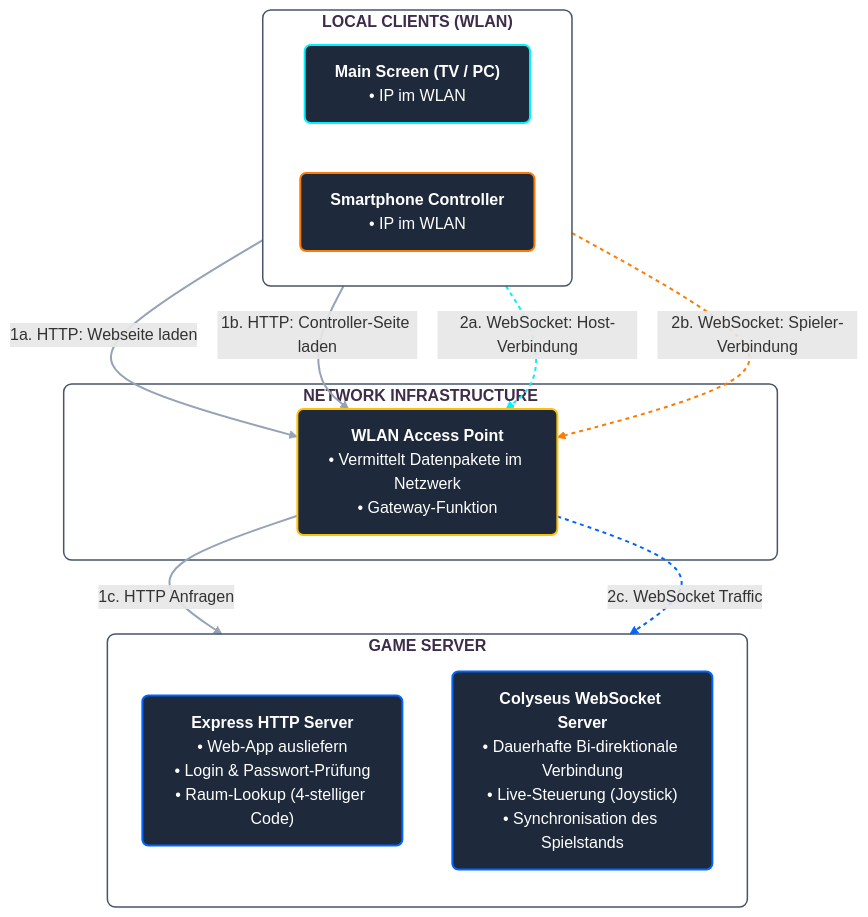
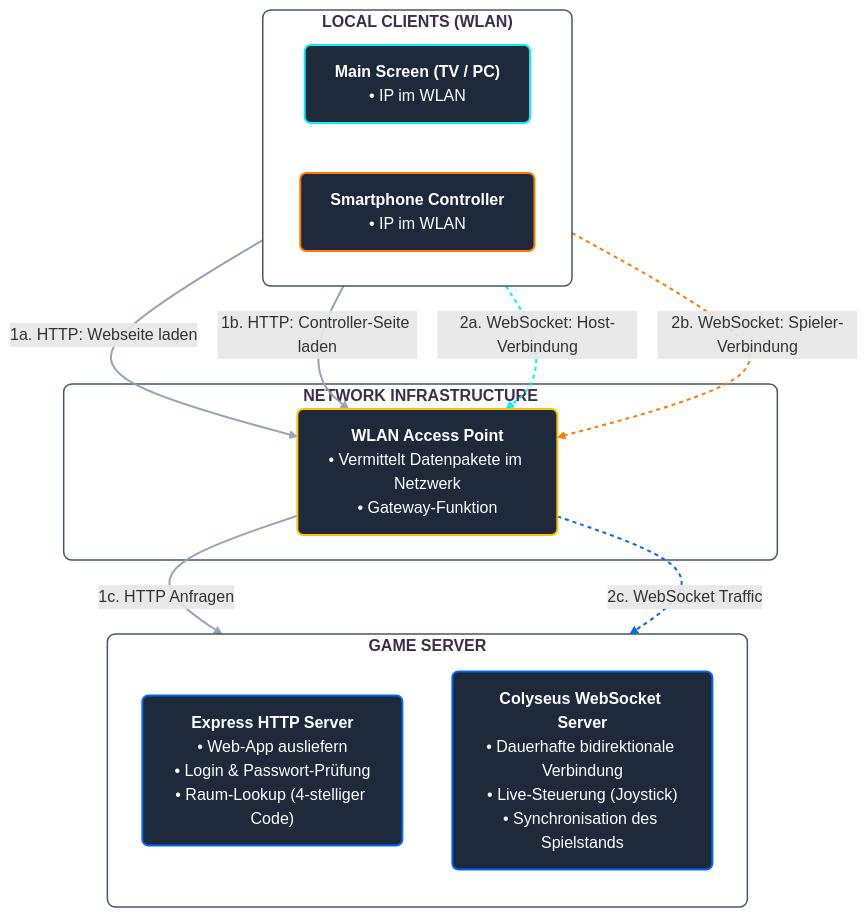
Before and after one commit to chrisWolter/showtime-website: the second of 3 diagrams in content/ss26/master/m5-jugendfeuerwehr/framework.md, drawn with Mermaid. The commit also changed other lines of this file and 5 other files, not shown here.

````diff
--- a/content/ss26/master/m5-jugendfeuerwehr/framework.md
+++ b/content/ss26/master/m5-jugendfeuerwehr/framework.md
@@ -88,54 +88,54 @@
 ```mermaid
 flowchart TB
     %% Visuelle Themes & Styles
     classDef tvScreen fill:#1e293b,stroke:#00f2fe,stroke-width:2px,color:#ffffff,rx:6px,ry:6px;
     classDef mobileController fill:#1e293b,stroke:#ff7a00,stroke-width:2px,color:#ffffff,rx:6px,ry:6px;
     classDef networkNode fill:#1e293b,stroke:#ffc107,stroke-width:2px,color:#ffffff,rx:6px,ry:6px;
     classDef serverProcess fill:#1e293b,stroke:#0066ff,stroke-width:2px,color:#ffffff,rx:6px,ry:6px;
 
     %% Subgraph Styling (Transparent)
     style CLIENTS fill:none,stroke:#475569,stroke-width:1.5px,color:#3e2d4a,rx:8px;
     style ROUTER fill:none,stroke:#475569,stroke-width:1.5px,color:#3e2d4a,rx:8px;
     style SERVER fill:none,stroke:#475569,stroke-width:1.5px,color:#3e2d4a,rx:8px;
 
     %% Nodes & Subgraphs
     subgraph CLIENTS ["<b>LOCAL CLIENTS (WLAN)</b>"]
         direction LR
         TV["<b>Main Screen (TV / PC)</b><br/>• IP im WLAN "]
         Phone["<b>Smartphone Controller</b><br/>• IP im WLAN"]
     end
 
     subgraph ROUTER ["<b>NETWORK INFRASTRUCTURE</b>"]
         WLAN["<b>WLAN Access Point</b><br/>• Vermittelt Datenpakete im Netzwerk<br/>• Gateway-Funktion"]
     end
 
     subgraph SERVER ["<b>GAME SERVER</b>"]
         direction TB
         HTTP["<b>Express HTTP Server</b><br/>• Web-App ausliefern<br/>• Login & Passwort-Prüfung<br/>• Raum-Lookup (4-stelliger Code)"]
-        WS["<b>Colyseus WebSocket Server</b><br/>• Dauerhafte Bi-direktionale Verbindung<br/>• Live-Steuerung (Joystick)<br/>• Synchronisation des Spielstands"]
+        WS["<b>Colyseus WebSocket Server</b><br/>• Dauerhafte bidirektionale Verbindung<br/>• Live-Steuerung (Joystick)<br/>• Synchronisation des Spielstands"]
     end
 
     %% Netzwerk-Verbindungen (HTTP Phase)
     TV ==>|1a. HTTP: Webseite laden| WLAN
     Phone ==>|1b. HTTP: Controller-Seite laden| WLAN
     WLAN ==>|"1c. HTTP Anfragen"| HTTP
 
     %% Netzwerk-Verbindungen (WebSocket Phase)
     TV -. "2a. WebSocket: Host-Verbindung" .-> WLAN
     Phone -. "2b. WebSocket: Spieler-Verbindung" .-> WLAN
     WLAN -. "2c. WebSocket Traffic" .-> WS
 
     %% Class Assignments
     class TV tvScreen;
     class Phone mobileController;
     class WLAN networkNode;
     class HTTP,WS serverProcess;
 
     %% Link Styling
     linkStyle 0 stroke:#94a3b8,stroke-width:2px;
     linkStyle 1 stroke:#94a3b8,stroke-width:2px;
     linkStyle 2 stroke:#94a3b8,stroke-width:2px;
     linkStyle 3 stroke:#00f2fe,stroke-width:2px,stroke-dasharray: 4 4;
     linkStyle 4 stroke:#ff7a00,stroke-width:2px,stroke-dasharray: 4 4;
     linkStyle 5 stroke:#0066ff,stroke-width:2px,stroke-dasharray: 4 4;
 ```
````
